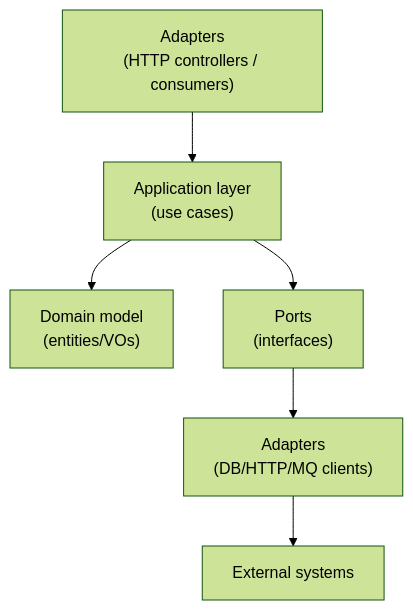
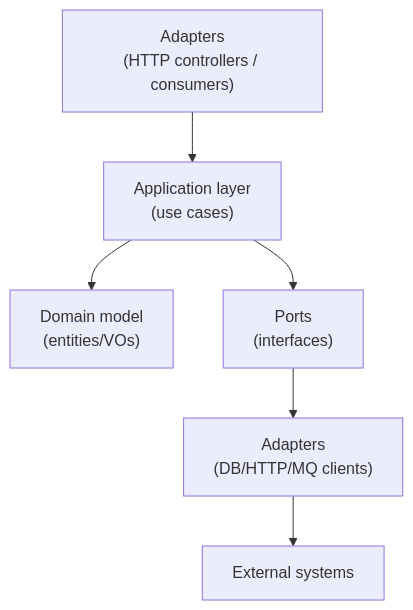
Before and after one commit to aretit2533/cronus-course-document: the diagram in eqxjs-framework/01-stub/module-10-advanced-patterns.md, drawn with Mermaid. The commit also changed 18 other files, not shown here.

Commit message:
refactor: update Mermaid diagram

````diff
--- a/eqxjs-framework/01-stub/module-10-advanced-patterns.md
+++ b/eqxjs-framework/01-stub/module-10-advanced-patterns.md
@@ -16,9 +16,8 @@
 ```mermaid
-%%{init: {'theme': 'forest'}}%%
 flowchart TB
   UI["Adapters<br/>(HTTP controllers / consumers)"] --> App["Application layer<br/>(use cases)"]
   App --> Domain["Domain model<br/>(entities/VOs)"]
   App --> Ports["Ports<br/>(interfaces)"]
   Ports --> Infra["Adapters<br/>(DB/HTTP/MQ clients)"]
   Infra --> Ext[External systems]
 ```
````
